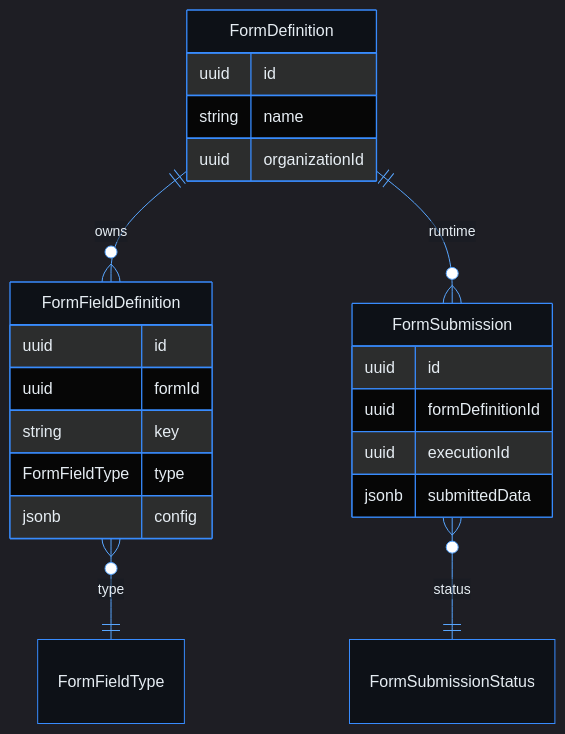
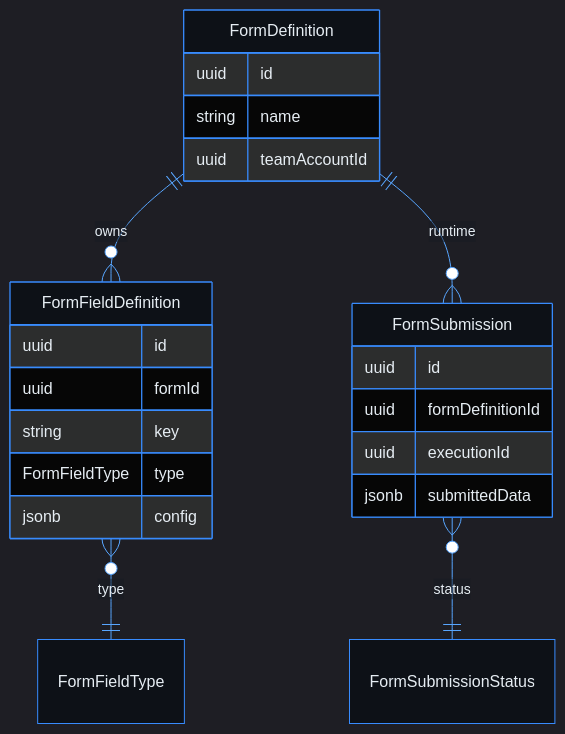
One commit to phuongnse/axis changed the diagram in docs/use-cases/form-builder/create-form/README.md. Above: the diagram before and after it, drawn with Mermaid. The commit also changed other lines of this file and 971 other files, not shown here.

Commit message:
refactor(identity): adopt team account terminology

````diff
--- a/docs/use-cases/form-builder/create-form/README.md
+++ b/docs/use-cases/form-builder/create-form/README.md
@@ -71,27 +71,27 @@
 ```mermaid
 %%{init: {'theme':'dark','themeVariables':{'background':'#0d1117','mainBkg':'#0d1117','primaryColor':'#161b22','primaryBorderColor':'#388bfd','primaryTextColor':'#e6edf3','secondaryColor':'#21262d','secondaryBorderColor':'#388bfd','secondaryTextColor':'#e6edf3','tertiaryColor':'#161b22','tertiaryTextColor':'#e6edf3','lineColor':'#58a6ff','textColor':'#e6edf3','nodeBorder':'#388bfd','clusterBkg':'#161b22','clusterBorder':'#388bfd','titleColor':'#e6edf3','edgeLabelBackground':'#161b22','actorBkg':'#161b22','actorBorder':'#388bfd','actorTextColor':'#e6edf3','signalColor':'#58a6ff','labelBoxBkgColor':'#161b22','labelBoxBorderColor':'#388bfd','noteBkgColor':'#161b22','noteBorderColor':'#388bfd','noteTextColor':'#c9d1d9','activationBkgColor':'#30363d'}}}%%
 erDiagram
   FormDefinition ||--o{ FormFieldDefinition : owns
   FormFieldDefinition }o--|| FormFieldType : type
   FormDefinition ||--o{ FormSubmission : runtime
   FormSubmission }o--|| FormSubmissionStatus : status
 
   FormDefinition {
     uuid id
     string name
-    uuid organizationId
+    uuid teamAccountId
   }
   FormFieldDefinition {
     uuid id
     uuid formId
     string key
     FormFieldType type
     jsonb config
   }
   FormSubmission {
     uuid id
     uuid formDefinitionId
     uuid executionId
     jsonb submittedData
   }
 ```
````
